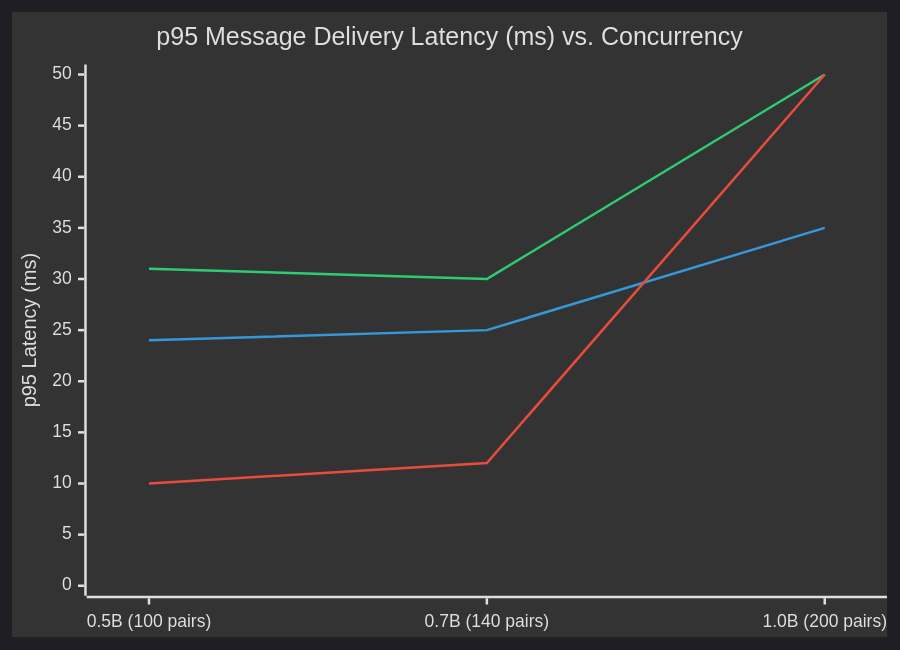
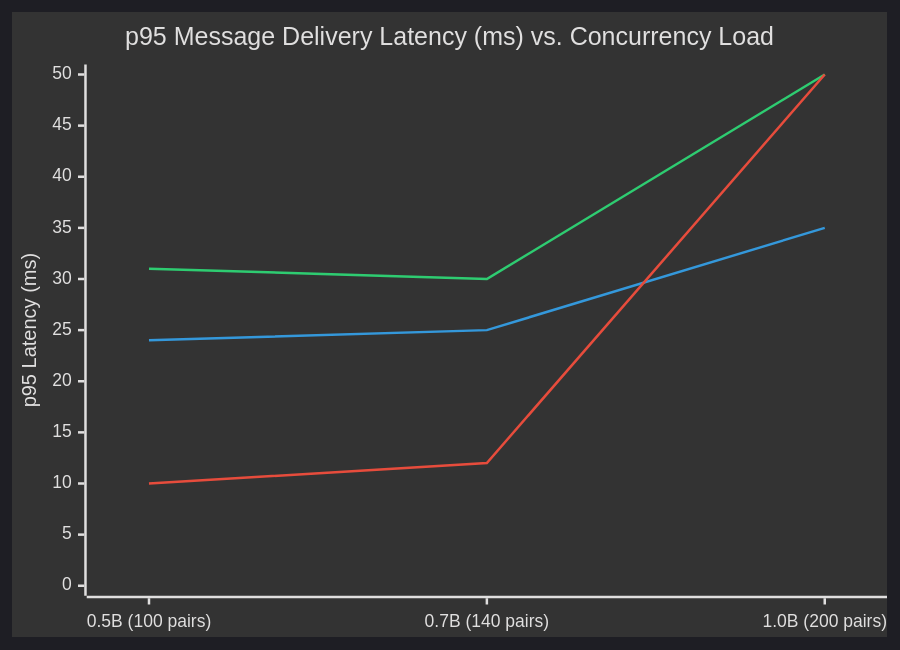
Before and after one commit to 0xAditya-Labs/Interlock: the diagram in README.md, drawn with Mermaid. The commit also changed other lines of this file and 1 other file, not shown here.

````diff
--- a/README.md
+++ b/README.md
@@ -105,13 +124,13 @@
 ```mermaid
 ---
 config:
   theme: dark
 ---
 xychart-beta
-    title "p95 Message Delivery Latency (ms) vs. Concurrency"
+    title "p95 Message Delivery Latency (ms) vs. Concurrency Load"
     x-axis ["0.5B (100 pairs)", "0.7B (140 pairs)", "1.0B (200 pairs)"]
     y-axis "p95 Latency (ms)" 0 --> 50
     line "2-Server Cluster + Redis" [24, 25, 35]
     line "1-Server + Redis" [31, 30, 50]
     line "Centralized Baseline" [10, 12, 50]
 ```
````
